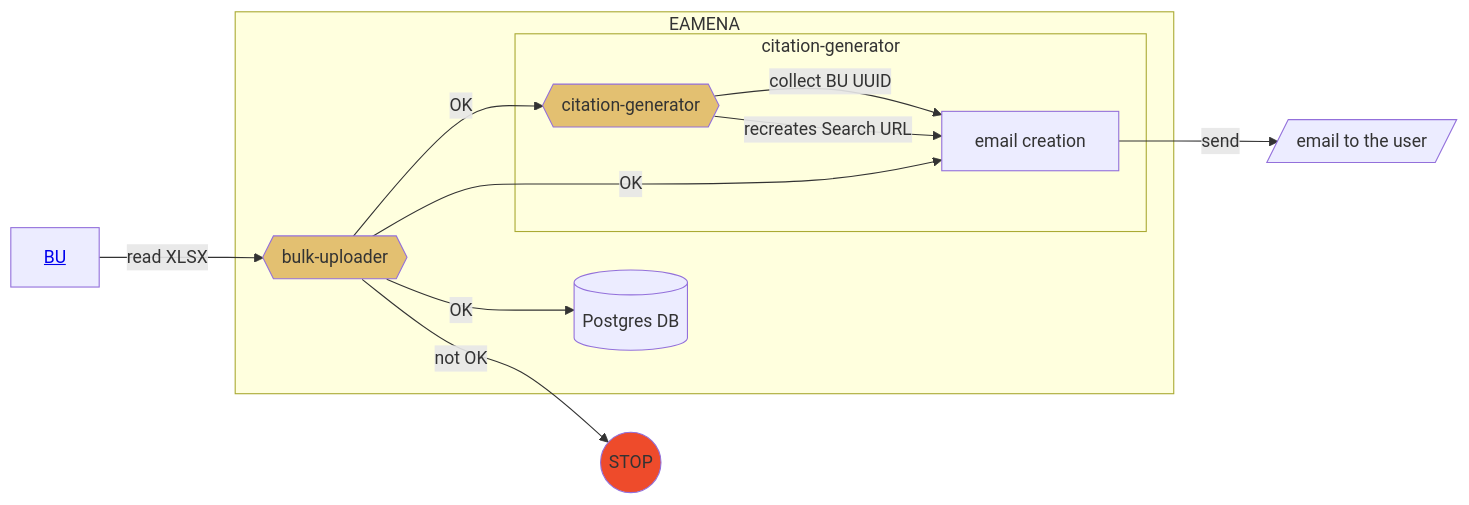
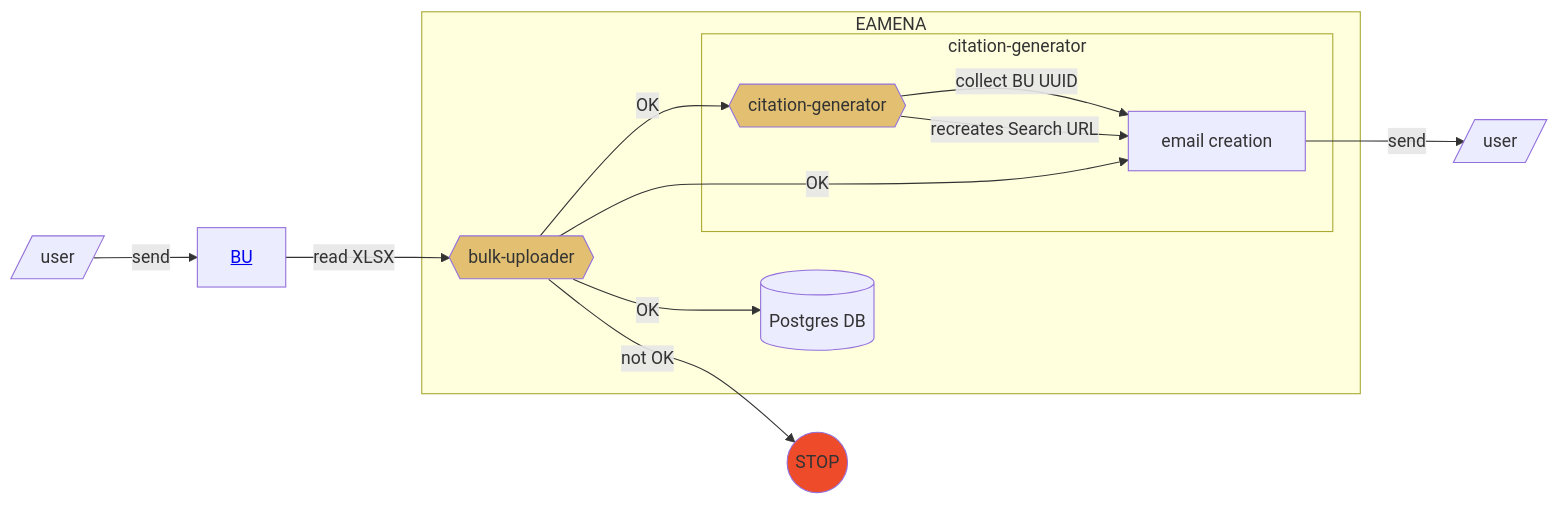
One commit to eamena-project/eamena-arches-dev changed the first of 2 diagrams in data/bibref/README.md. Above: the diagram before and after it, drawn with Mermaid.

Commit message:
citation README

````diff
--- a/data/bibref/README.md
+++ b/data/bibref/README.md
@@ -9,17 +9,18 @@
 ```mermaid
 flowchart LR
-	A[<a href='https://github.com/eamena-project/eamena-arches-dev/blob/main/dbs/database.eamena/docs/notes/Arches%207%20Upgrade.md#splitchunk'>BU</a>] --read XLSX--> B{{bulk-uploader}}:::eamenaFunc;
+	U[/user/] -- send --> A[<a href='https://github.com/eamena-project/eamena-arches-dev/blob/main/dbs/database.eamena/docs/notes/Arches%207%20Upgrade.md#splitchunk'>BU</a>]
+	A --read XLSX--> B{{bulk-uploader}}:::eamenaFunc;
 	subgraph EAMENA
 	B -- OK --> C[(Postgres DB)];
 	B -- OK --> E{{citation-generator}}:::eamenaFunc;
 		subgraph citation-generator
 		E -- collect BU UUID --> H;
 		E -- recreates Search URL --> H;
 		end
 	end
 	B -- OK --> H[email creation]
-	H -- send --> I[/email to the user/];
+	H -- send --> I[/user/];
 	B -- not OK --> D((STOP)):::stop;
 	classDef eamenaFunc fill:#e3c071;
 	classDef stop fill:#EE4B2B;
 ```
````
